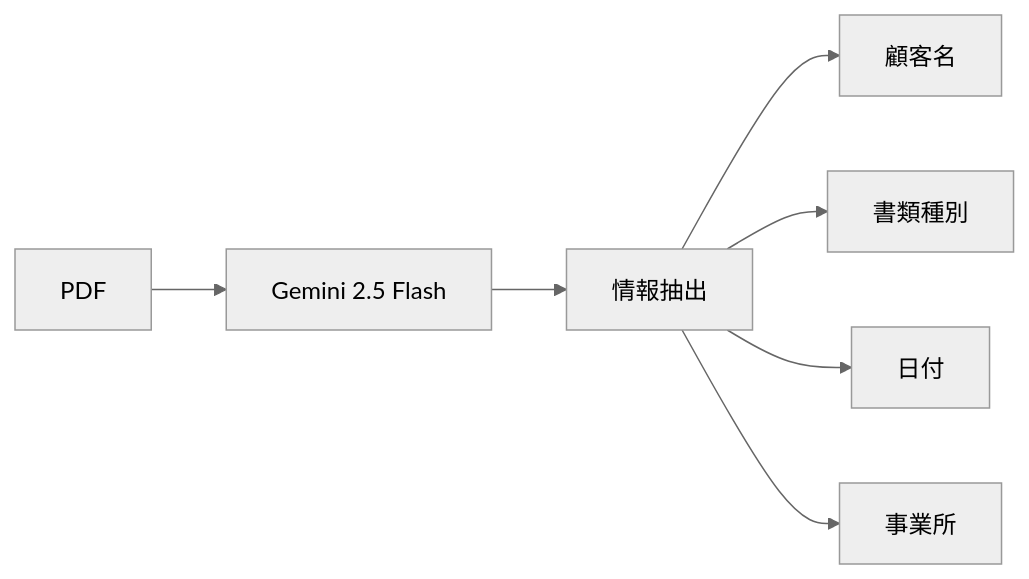
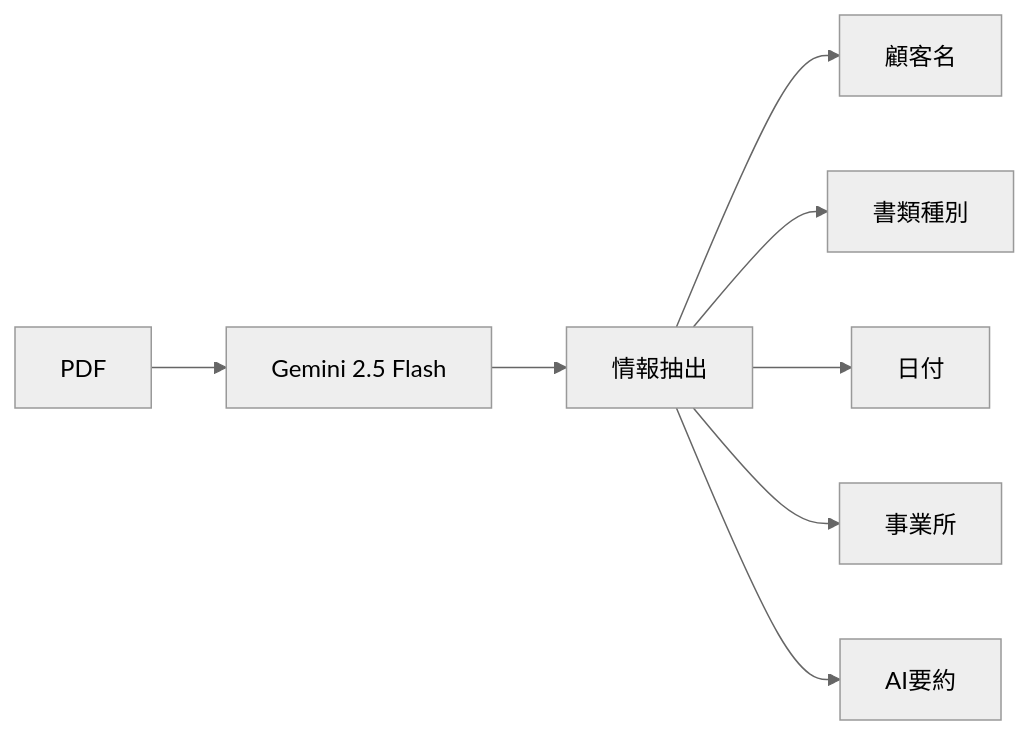
Before and after one commit to yasushi-honda/doc-split: the fourth of 5 diagrams in docs/overview.md, drawn with Mermaid (neutral theme). The commit also changed other lines of this file and 2 other files, not shown here.

````diff
--- a/docs/overview.md
+++ b/docs/overview.md
@@ -55,9 +55,10 @@
 ```mermaid
 flowchart LR
     PDF["PDF"] --> Gemini["Gemini 2.5 Flash"]
     Gemini --> Extract["情報抽出"]
     Extract --> Customer["顧客名"]
     Extract --> DocType["書類種別"]
     Extract --> Date["日付"]
     Extract --> Office["事業所"]
+    Extract --> Summary["AI要約"]
 ```
````
